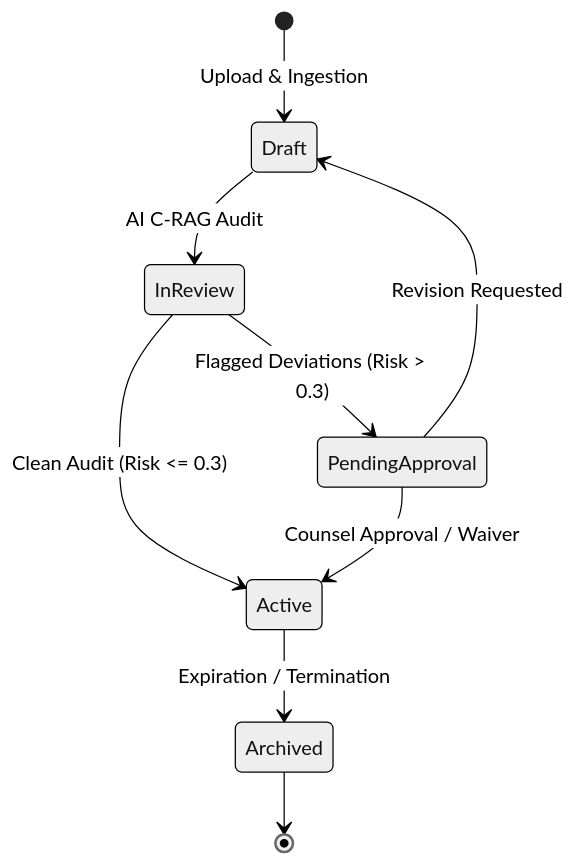
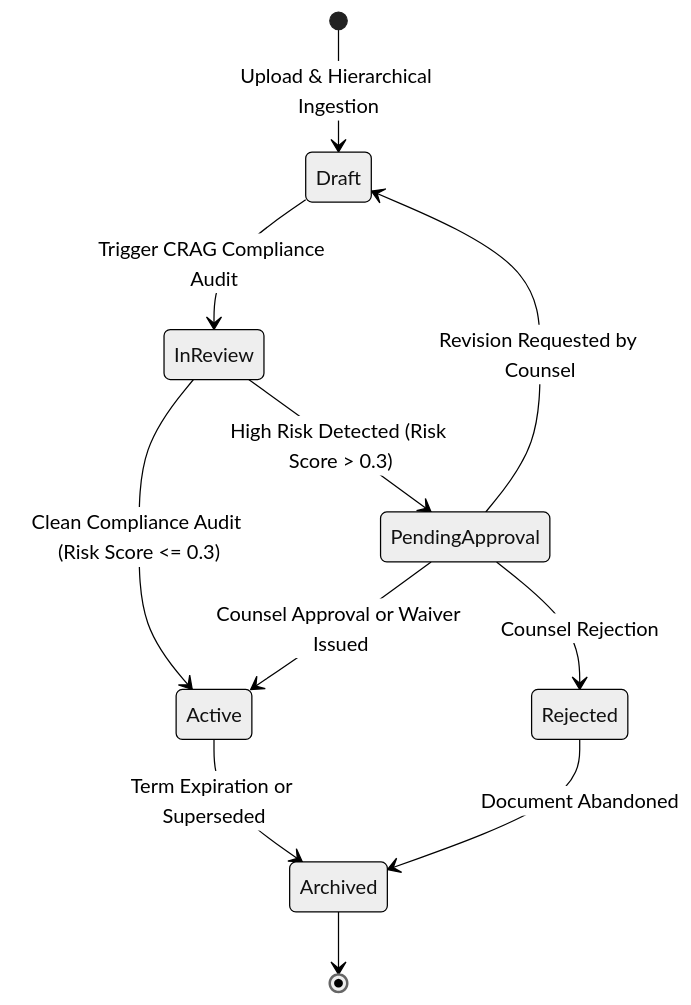
One commit to gagan-devv/docusage changed the second of 8 diagrams in ARCHITECTURE.md. Above: the diagram before and after it, drawn with Mermaid (neutral theme). The commit also changed other lines of this file and 1 other file, not shown here.

First line of the commit message:
docs: comprehensive overhaul of README and ARCHITECTURE to reflect current functionality

````diff
--- a/ARCHITECTURE.md
+++ b/ARCHITECTURE.md
@@ -59,11 +118,13 @@
 ```mermaid
 stateDiagram-v2
-    [*] --> Draft: Upload & Ingestion
-    Draft --> InReview: AI C-RAG Audit
-    InReview --> PendingApproval: Flagged Deviations (Risk > 0.3)
-    InReview --> Active: Clean Audit (Risk <= 0.3)
-    PendingApproval --> Active: Counsel Approval / Waiver
-    PendingApproval --> Draft: Revision Requested
-    Active --> Archived: Expiration / Termination
+    [*] --> Draft: Upload & Hierarchical Ingestion
+    Draft --> InReview: Trigger CRAG Compliance Audit
+    InReview --> PendingApproval: High Risk Detected (Risk Score > 0.3)
+    InReview --> Active: Clean Compliance Audit (Risk Score <= 0.3)
+    PendingApproval --> Active: Counsel Approval or Waiver Issued
+    PendingApproval --> Draft: Revision Requested by Counsel
+    PendingApproval --> Rejected: Counsel Rejection
+    Active --> Archived: Term Expiration or Superseded
+    Rejected --> Archived: Document Abandoned
     Archived --> [*]
 ```
````
